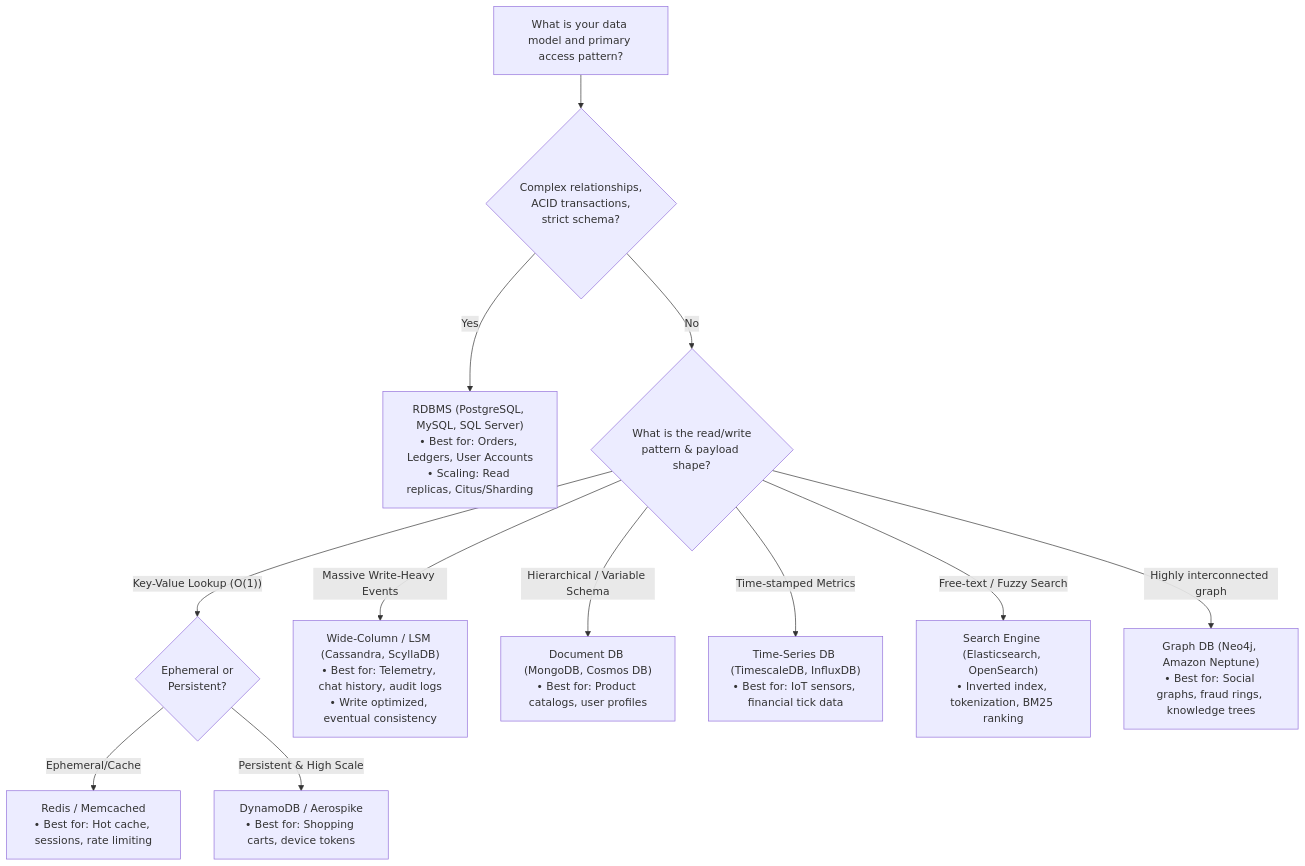
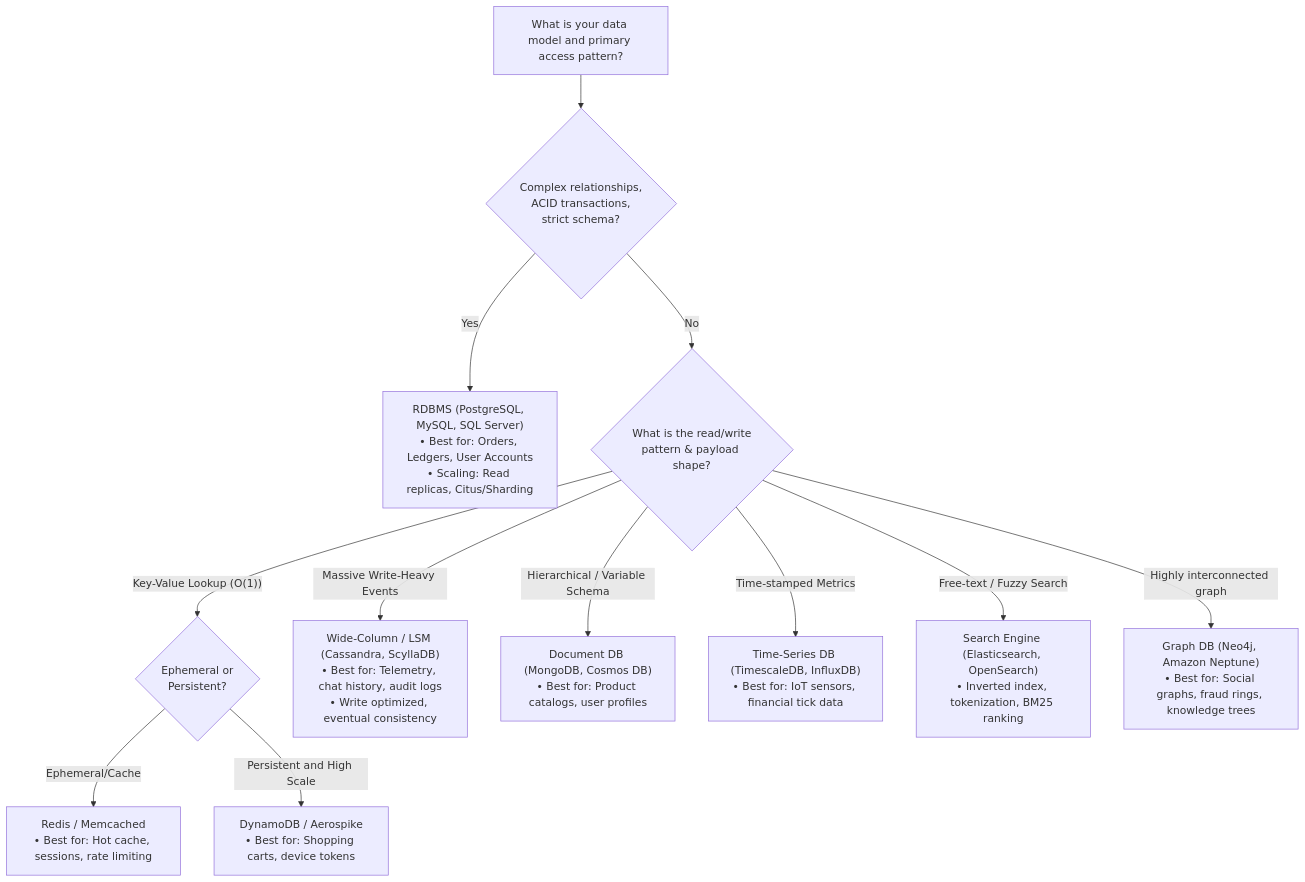
Before and after one commit to dip4k/DSA_102: the second of 3 diagrams in LLD/00_Core_Concepts/10_Interview_Quick_Reference_and_Checklists.md, drawn with Mermaid. The commit also changed other lines of this file and 191 other files, not shown here.

````diff
--- a/LLD/00_Core_Concepts/10_Interview_Quick_Reference_and_Checklists.md
+++ b/LLD/00_Core_Concepts/10_Interview_Quick_Reference_and_Checklists.md
@@ -95,20 +95,20 @@
 ```mermaid
 flowchart TD
-    Start["What is your data model and primary access pattern?"] --> Rel{"Complex relationships,\nACID transactions,\nstrict schema?"}
-    Rel -- Yes --> SQL["RDBMS (PostgreSQL, MySQL, SQL Server)\n• Best for: Orders, Ledgers, User Accounts\n• Scaling: Read replicas, Citus/Sharding"]
-    Rel -- No --> Access{"What is the read/write\npattern & payload shape?"}
+    Start["What is your data model and primary access pattern?"] --> Rel{"Complex relationships,<br/>ACID transactions,<br/>strict schema?"}
+    Rel -->|"Yes"| SQL["RDBMS (PostgreSQL, MySQL, SQL Server)<br/>• Best for: Orders, Ledgers, User Accounts<br/>• Scaling: Read replicas, Citus/Sharding"]
+    Rel -->|"No"| Access{"What is the read/write<br/>pattern & payload shape?"}
 
-    Access -- Key-Value Lookup (O(1)) --> KV{"Ephemeral or\nPersistent?"}
-    KV -- Ephemeral/Cache --> Redis["Redis / Memcached\n• Best for: Hot cache, sessions, rate limiting"]
-    KV -- Persistent & High Scale --> Dynamo["DynamoDB / Aerospike\n• Best for: Shopping carts, device tokens"]
+    Access -->|"Key-Value Lookup (O(1)) "| KV{"Ephemeral or<br/>Persistent?"}
+    KV -->|"Ephemeral/Cache"| Redis["Redis / Memcached<br/>• Best for: Hot cache, sessions, rate limiting"]
+    KV -->|"Persistent and High Scale"| Dynamo["DynamoDB / Aerospike<br/>• Best for: Shopping carts, device tokens"]
 
-    Access -- Massive Write-Heavy Events --> LSM["Wide-Column / LSM (Cassandra, ScyllaDB)\n• Best for: Telemetry, chat history, audit logs\n• Write optimized, eventual consistency"]
+    Access -- Massive Write-Heavy Events --> LSM["Wide-Column / LSM (Cassandra, ScyllaDB)<br/>• Best for: Telemetry, chat history, audit logs<br/>• Write optimized, eventual consistency"]
 
-    Access -- Hierarchical / Variable Schema --> Doc["Document DB (MongoDB, Cosmos DB)\n• Best for: Product catalogs, user profiles"]
+    Access -->|"Hierarchical / Variable Schema"| Doc["Document DB (MongoDB, Cosmos DB)<br/>• Best for: Product catalogs, user profiles"]
 
-    Access -- Time-stamped Metrics --> TS["Time-Series DB (TimescaleDB, InfluxDB)\n• Best for: IoT sensors, financial tick data"]
+    Access -- Time-stamped Metrics --> TS["Time-Series DB (TimescaleDB, InfluxDB)<br/>• Best for: IoT sensors, financial tick data"]
 
-    Access -- Free-text / Fuzzy Search --> Search["Search Engine (Elasticsearch, OpenSearch)\n• Inverted index, tokenization, BM25 ranking"]
+    Access -- Free-text / Fuzzy Search --> Search["Search Engine (Elasticsearch, OpenSearch)<br/>• Inverted index, tokenization, BM25 ranking"]
 
-    Access -- Highly interconnected graph --> Graph["Graph DB (Neo4j, Amazon Neptune)\n• Best for: Social graphs, fraud rings, knowledge trees"]
+    Access -->|"Highly interconnected graph"| Graph["Graph DB (Neo4j, Amazon Neptune)<br/>• Best for: Social graphs, fraud rings, knowledge trees"]
 ```
````
